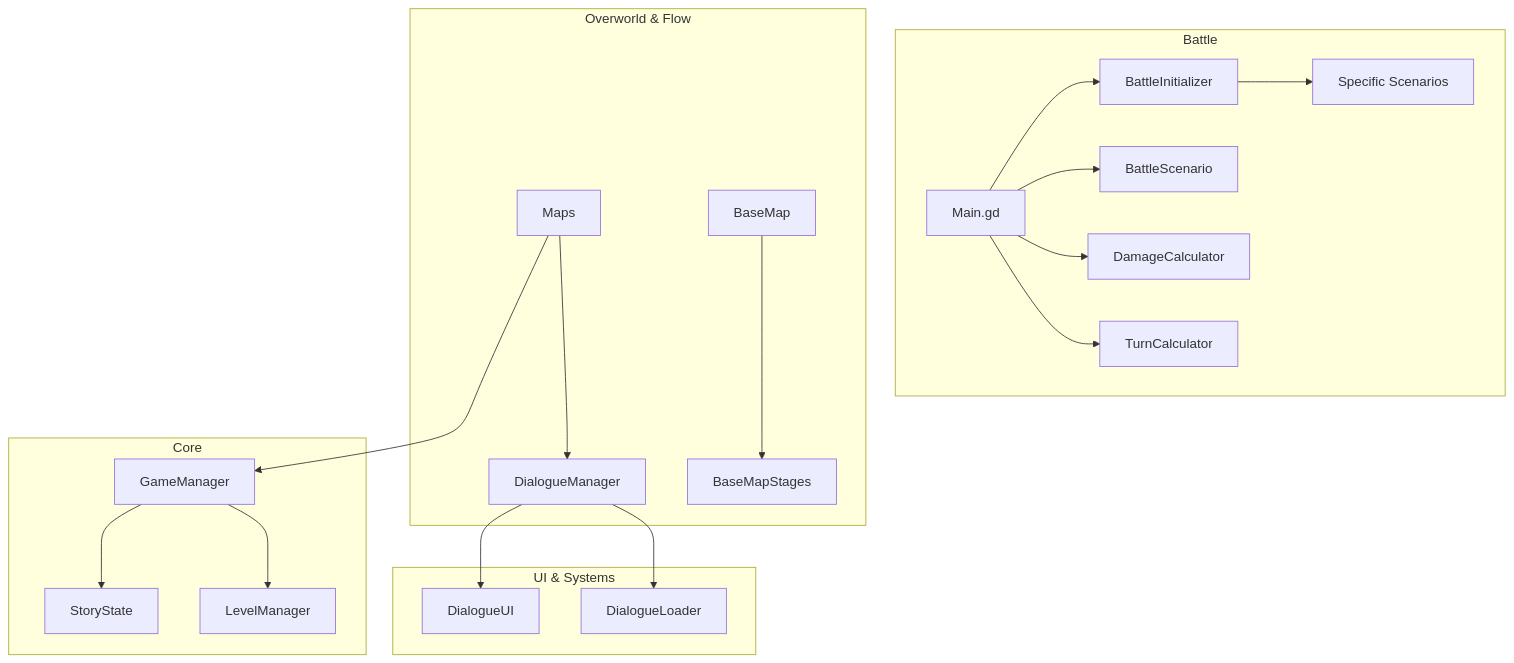
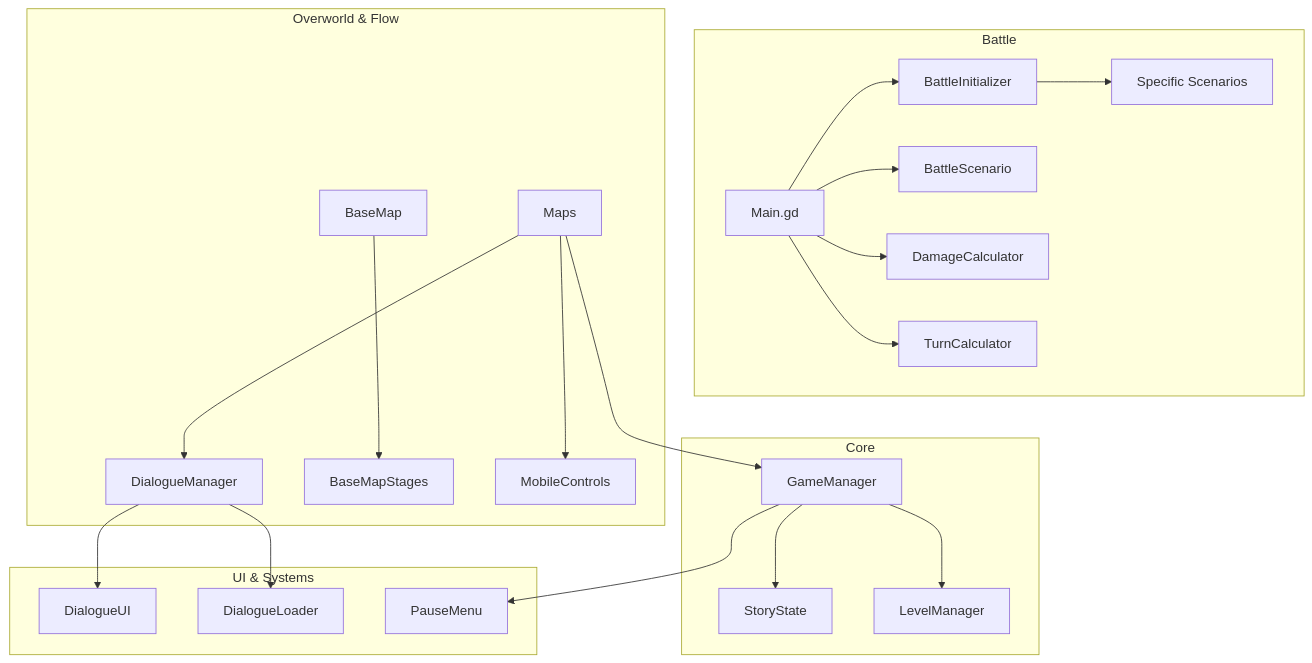
One commit to kei-kochiya/SekaiRPG changed the diagram in ARCHITECTURE.md. Above: the diagram before and after it, drawn with Mermaid. The commit also changed other lines of this file and 107 other files, not shown here.

Commit message:
Update prologue kidnappers spacing, custom fonts, map music fixes, and ARCHITECTURE.md

````diff
--- a/ARCHITECTURE.md
+++ b/ARCHITECTURE.md
@@ -99,26 +130,28 @@
 ```mermaid
 graph TD
     subgraph Core
         GM[GameManager] --> SS[StoryState]
         GM --> LM[LevelManager]
     end
 
     subgraph Battle
         M[Main.gd] --> BI[BattleInitializer]
         M --> BS[BattleScenario]
         M --> DC[DamageCalculator]
         M --> TC[TurnCalculator]
         BI --> SC[Specific Scenarios]
     end
 
     subgraph Overworld & Flow
         MAP[Maps] --> GM
         MAP --> DM[DialogueManager]
         BM[BaseMap] --> BSt[BaseMapStages]
+        MAP --> MC[MobileControls]
     end
 
     subgraph UI & Systems
         DM --> DUI[DialogueUI]
         DM --> DL[DialogueLoader]
+        GM --> PM[PauseMenu]
     end
 ```
````
